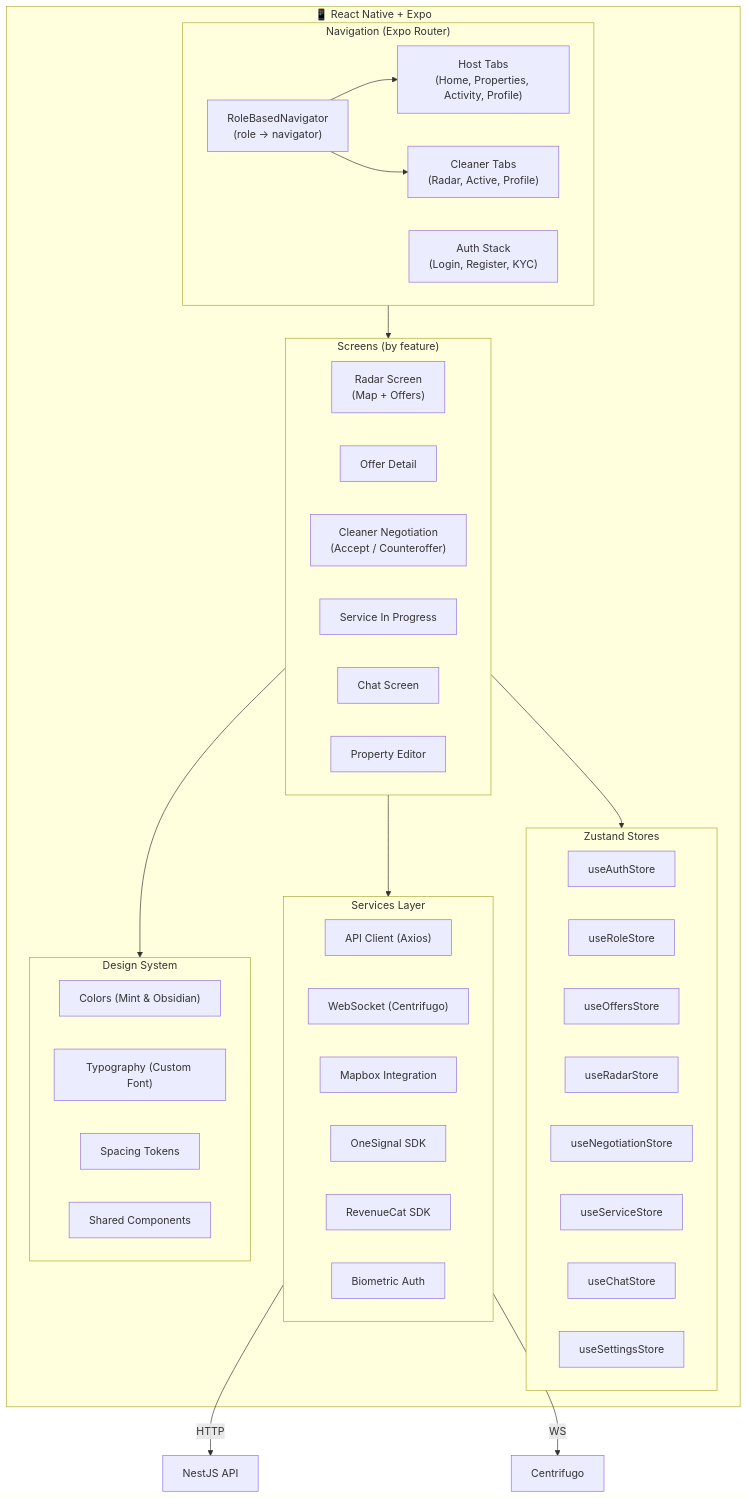
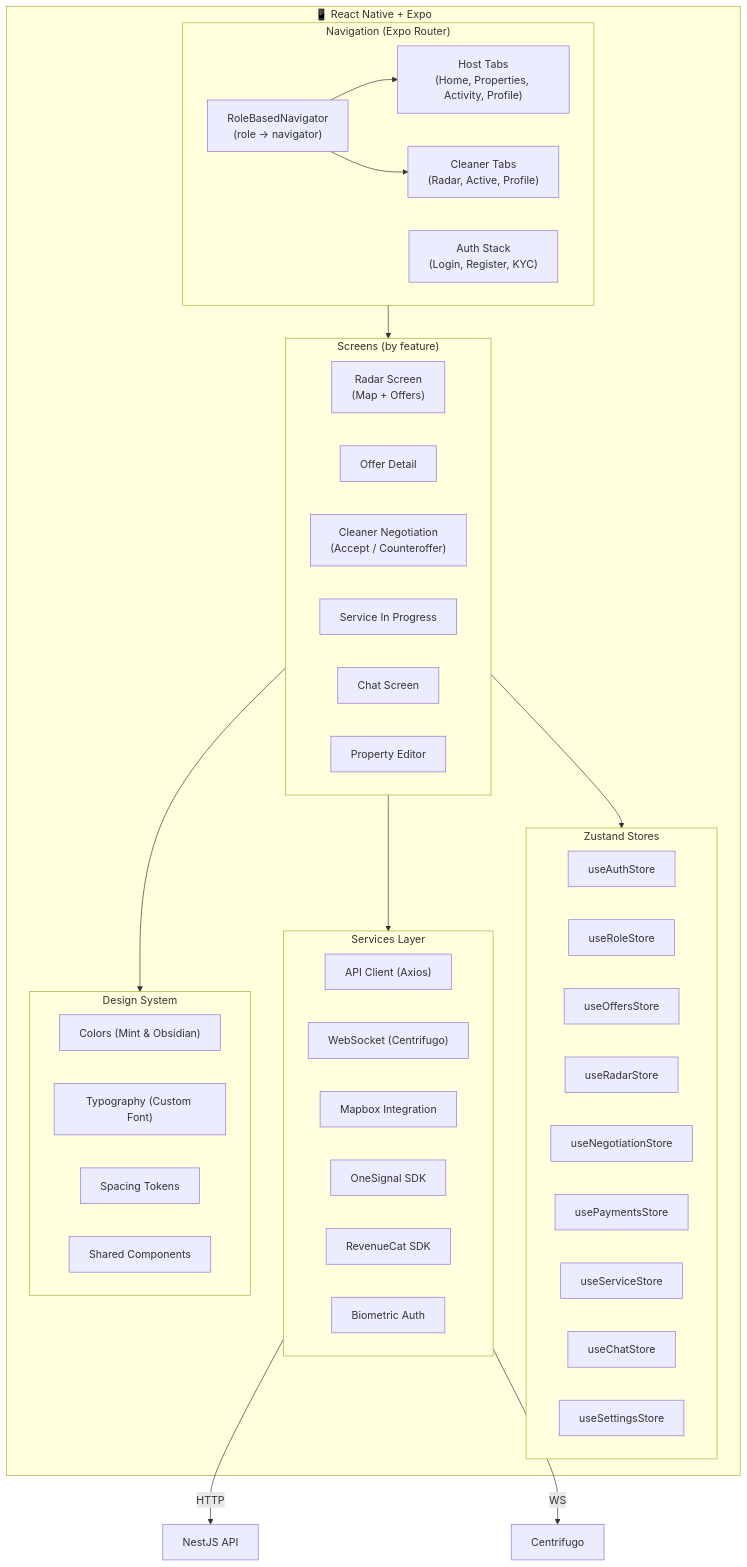
Before and after one commit to Sebastiandg007/bidclean: the second of 10 diagrams in docs/ARCHITECTURE.md, drawn with Mermaid. The commit also changed 2 other files, not shown here.

Commit message:
docs(mobile): sync payments README and diagrams with usePayments store and tests
Refresh apps/mobile/src/screens/payments/README.md file table (was stale, listing only payments.types.ts) to cover payments.constants.ts, payments.api.ts, payments.format.ts, usePayments.ts, and the new __tests__/usePayments.spec.ts. Add usePaymentsStore to the frontend Zustand stores diagram in ARCHITECTURE.md and record the doc sync under CHANGELOG [Unreleased].

````diff
--- a/docs/ARCHITECTURE.md
+++ b/docs/ARCHITECTURE.md
@@ -96,56 +96,57 @@
 ```mermaid
 graph TB
     subgraph App["📱 React Native + Expo"]
         subgraph Navigation["Navigation (Expo Router)"]
             RoleRouter["RoleBasedNavigator<br/>(role → navigator)"]
             AuthStack["Auth Stack<br/>(Login, Register, KYC)"]
             HostTabs["Host Tabs<br/>(Home, Properties, Activity, Profile)"]
             CleanerTabs["Cleaner Tabs<br/>(Radar, Active, Profile)"]
         end
 
         subgraph Screens["Screens (by feature)"]
             Radar["Radar Screen<br/>(Map + Offers)"]
             OfferDetail["Offer Detail"]
             Negotiation["Cleaner Negotiation<br/>(Accept / Counteroffer)"]
             Service["Service In Progress"]
             Chat["Chat Screen"]
             PropertyEdit["Property Editor"]
         end
 
         subgraph Stores["Zustand Stores"]
             AuthStore["useAuthStore"]
             RoleStore["useRoleStore"]
             OffersStore["useOffersStore"]
             RadarStore["useRadarStore"]
             NegotiationStore["useNegotiationStore"]
+            PaymentsStore["usePaymentsStore"]
             ServiceStore["useServiceStore"]
             ChatStore["useChatStore"]
             SettingsStore["useSettingsStore"]
         end
 
         subgraph Services["Services Layer"]
             APIService["API Client (Axios)"]
             SocketService["WebSocket (Centrifugo)"]
             MapService["Mapbox Integration"]
             NotifService["OneSignal SDK"]
             PurchaseService["RevenueCat SDK"]
             BiometricService["Biometric Auth"]
         end
 
         subgraph Theme["Design System"]
             Colors["Colors (Mint & Obsidian)"]
             Typography["Typography (Custom Font)"]
             Spacing["Spacing Tokens"]
             Components["Shared Components"]
         end
     end
 
     Navigation --> Screens
     RoleRouter --> HostTabs
     RoleRouter --> CleanerTabs
     Screens --> Stores
     Screens --> Services
     Screens --> Theme
     Services --> |"HTTP"| API["NestJS API"]
     Services --> |"WS"| WS["Centrifugo"]
 ```
````
